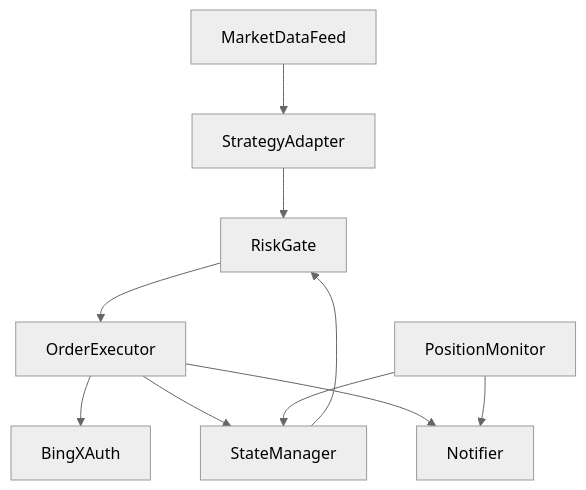
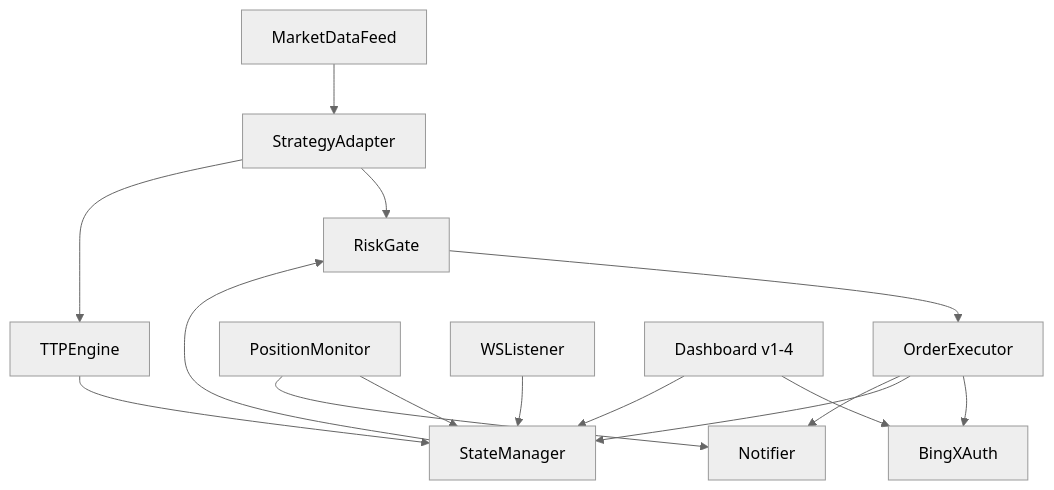
Before and after one commit to S23Web3/Vault: the second of 8 diagrams in PROJECTS/four-pillars-backtester/docs/BINGX-CONNECTOR-UML.md, drawn with Mermaid (neutral theme). The commit also changed other lines of this file and 245 other files, not shown here.

````diff
--- a/PROJECTS/four-pillars-backtester/docs/BINGX-CONNECTOR-UML.md
+++ b/PROJECTS/four-pillars-backtester/docs/BINGX-CONNECTOR-UML.md
@@ -45,21 +45,29 @@
 ```mermaid
 flowchart TD
     FEED["MarketDataFeed"]
     ADAPTER["StrategyAdapter"]
+    TTP["TTPEngine"]
     GATE["RiskGate"]
     EXEC["OrderExecutor"]
     MONITOR["PositionMonitor"]
     STATE["StateManager"]
     NOTIFY["Notifier"]
     AUTH["BingXAuth"]
+    WS["WSListener"]
+    DASH["Dashboard v1-4"]
 
     FEED --> ADAPTER
     ADAPTER --> GATE
+    ADAPTER --> TTP
     GATE --> EXEC
     EXEC --> AUTH
     EXEC --> STATE
     EXEC --> NOTIFY
     MONITOR --> STATE
     MONITOR --> NOTIFY
     STATE --> GATE
+    WS --> STATE
+    TTP --> STATE
+    DASH --> AUTH
+    DASH --> STATE
 ```
````
